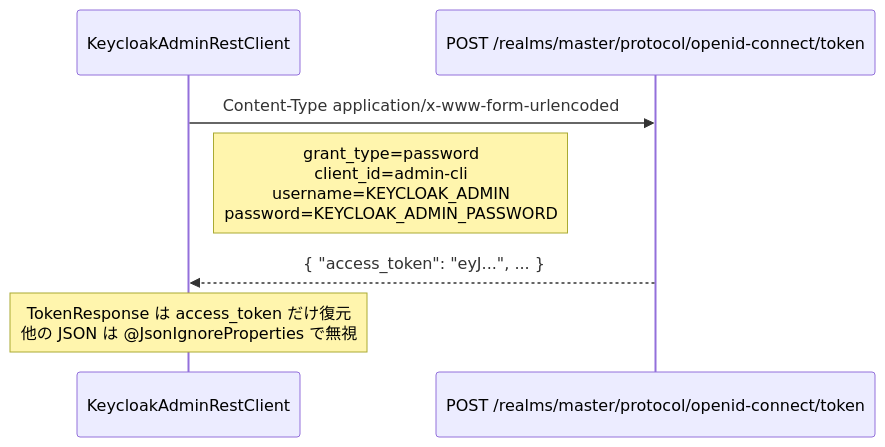
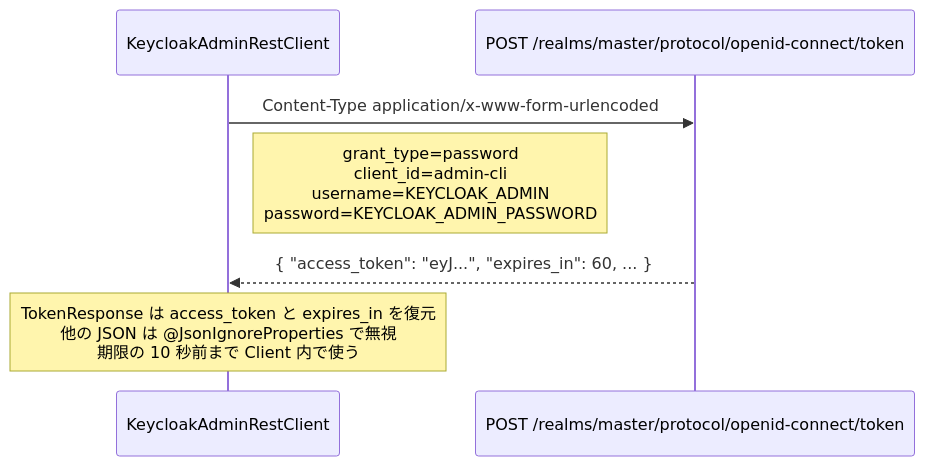
Before and after one commit to muscat2356/LiveQA-app: the third of 8 diagrams in docs/qa/f01-auth.md, drawn with Mermaid. The commit also changed other lines of this file and 1 other file, not shown here.

Commit message:
[F-01] Admin トークンを expires_in まで使い回し、登録1回の交換を1回にする。

````diff
--- a/docs/qa/f01-auth.md
+++ b/docs/qa/f01-auth.md
@@ -351,10 +352,10 @@
 ```mermaid
 sequenceDiagram
   participant K as KeycloakAdminRestClient
   participant Master as POST /realms/master/protocol/openid-connect/token
 
   K->>Master: Content-Type application/x-www-form-urlencoded
   Note right of K: grant_type=password<br/>client_id=admin-cli<br/>username=KEYCLOAK_ADMIN<br/>password=KEYCLOAK_ADMIN_PASSWORD
-  Master-->>K: { "access_token": "eyJ...", ... }
-  Note over K: TokenResponse は access_token だけ復元<br/>他の JSON は @JsonIgnoreProperties で無視
+  Master-->>K: { "access_token": "eyJ...", "expires_in": 60, ... }
+  Note over K: TokenResponse は access_token と expires_in を復元<br/>他の JSON は @JsonIgnoreProperties で無視<br/>期限の 10 秒前まで Client 内で使う
 ```
````
